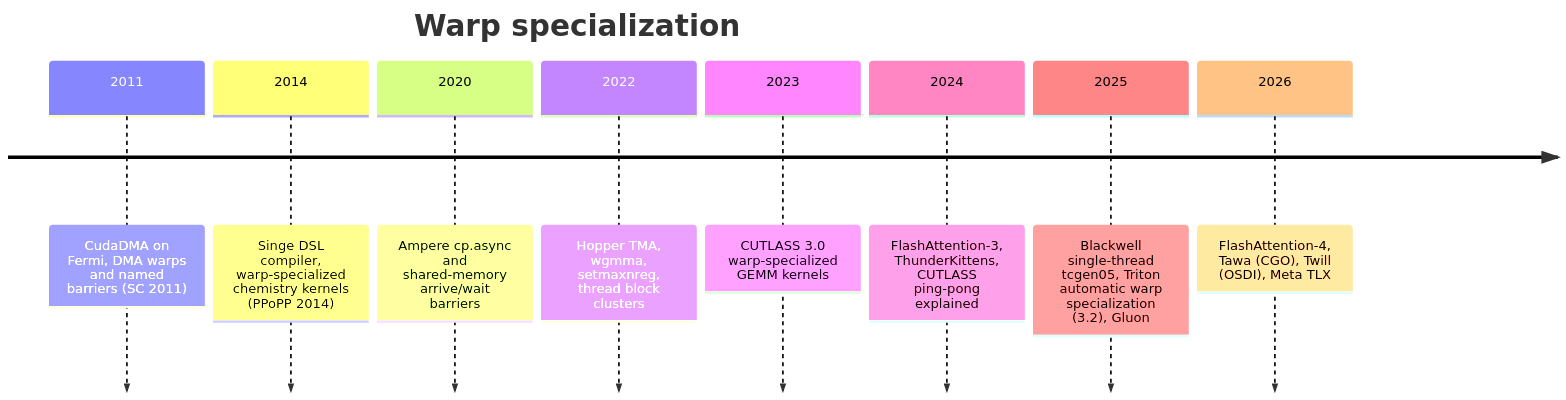
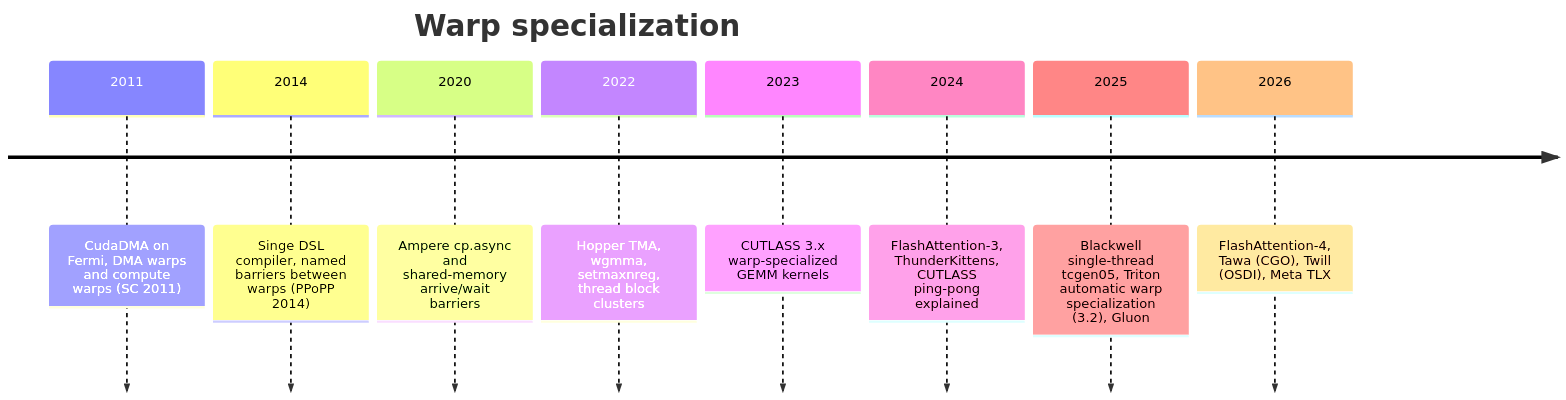
One commit to ImRuliad/Library-of-Alexandria changed the third of 5 diagrams in GPU Programming/Hardware & Frontier/Warp Specialization/Warp Specialization.md. Above: the diagram before and after it, drawn with Mermaid. The commit also changed other lines of this file, not shown here.

First line of the commit message:
Fact-check Warp Specialization note against sources, mark complete

````diff
--- a/GPU Programming/Hardware & Frontier/Warp Specialization/Warp Specialization.md
+++ b/GPU Programming/Hardware & Frontier/Warp Specialization/Warp Specialization.md
@@ -165,12 +172,12 @@
 ```mermaid
 timeline
     title Warp specialization
-    2011 : CudaDMA on Fermi, DMA warps and named barriers (SC 2011)
-    2014 : Singe DSL compiler, warp-specialized chemistry kernels (PPoPP 2014)
+    2011 : CudaDMA on Fermi, DMA warps and compute warps (SC 2011)
+    2014 : Singe DSL compiler, named barriers between warps (PPoPP 2014)
     2020 : Ampere cp.async and shared-memory arrive/wait barriers
     2022 : Hopper TMA, wgmma, setmaxnreg, thread block clusters
-    2023 : CUTLASS 3.0 warp-specialized GEMM kernels
+    2023 : CUTLASS 3.x warp-specialized GEMM kernels
     2024 : FlashAttention-3, ThunderKittens, CUTLASS ping-pong explained
     2025 : Blackwell single-thread tcgen05, Triton automatic warp specialization (3.2), Gluon
     2026 : FlashAttention-4, Tawa (CGO), Twill (OSDI), Meta TLX
 ```
````
